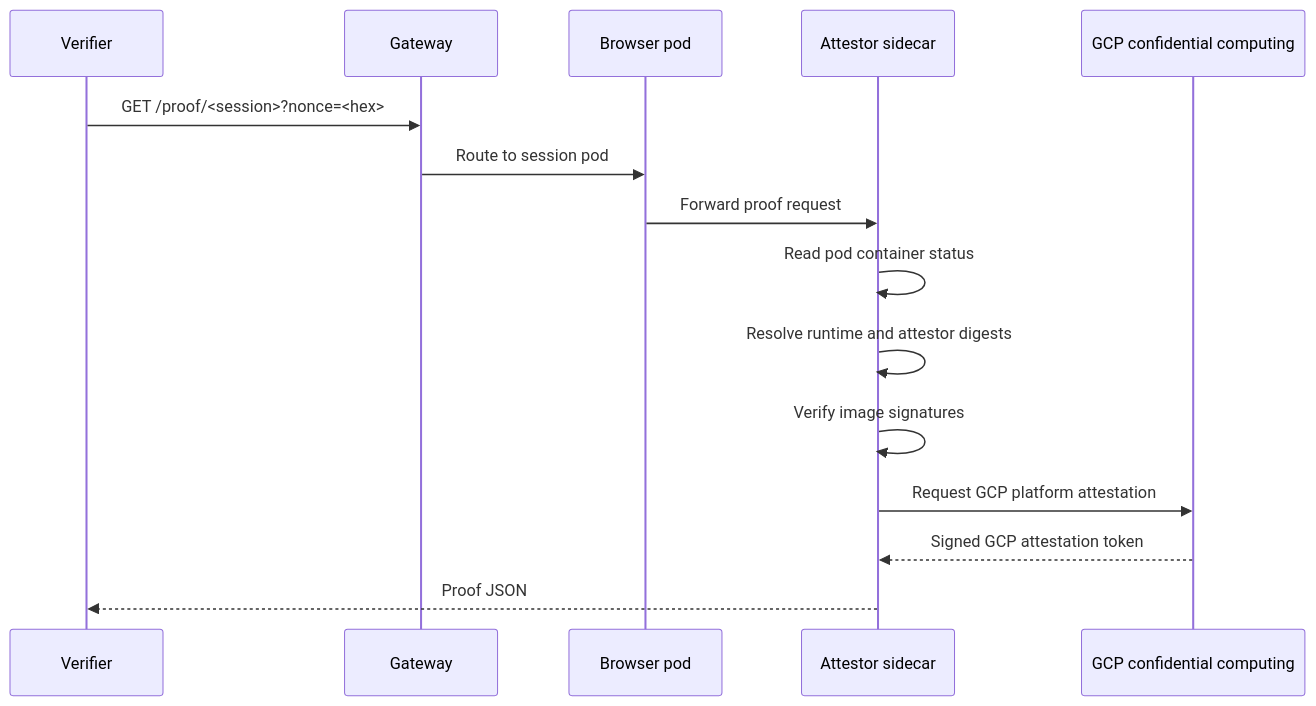
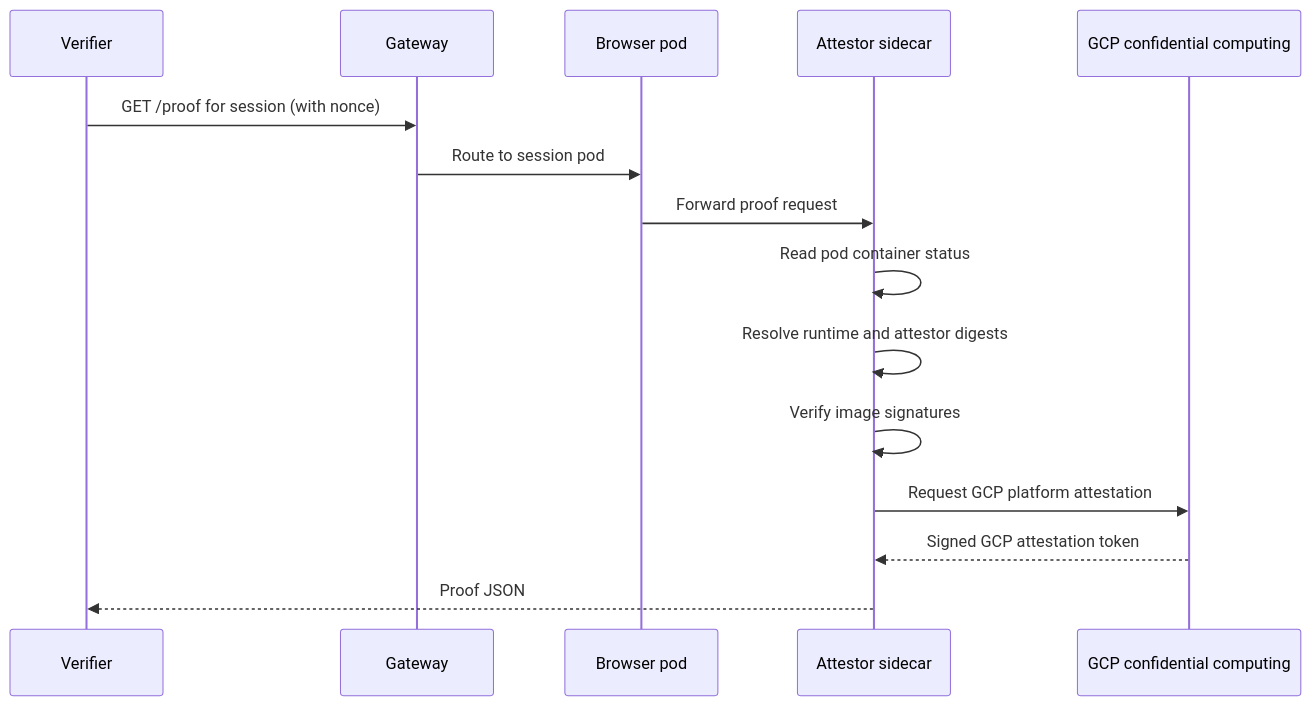
One commit to reclaimprotocol/popcorn-oss changed the diagram in docs/attestation.md. Above: the diagram before and after it, drawn with Mermaid. The commit also changed other lines of this file and 14 other files, not shown here.

Commit message:
docs: update architecture references and align docs with VNC streaming

````diff
--- a/docs/attestation.md
+++ b/docs/attestation.md
@@ -20,18 +20,18 @@
 ```mermaid
 sequenceDiagram
     participant Client as Verifier
     participant Gateway as Gateway
     participant Browser as Browser pod
     participant Attestor as Attestor sidecar
     participant Provider as GCP confidential computing
 
-    Client->>Gateway: GET /proof/<session>?nonce=<hex>
+    Client->>Gateway: GET /proof for session (with nonce)
     Gateway->>Browser: Route to session pod
     Browser->>Attestor: Forward proof request
     Attestor->>Attestor: Read pod container status
     Attestor->>Attestor: Resolve runtime and attestor digests
     Attestor->>Attestor: Verify image signatures
     Attestor->>Provider: Request GCP platform attestation
     Provider-->>Attestor: Signed GCP attestation token
     Attestor-->>Client: Proof JSON
 ```
````
